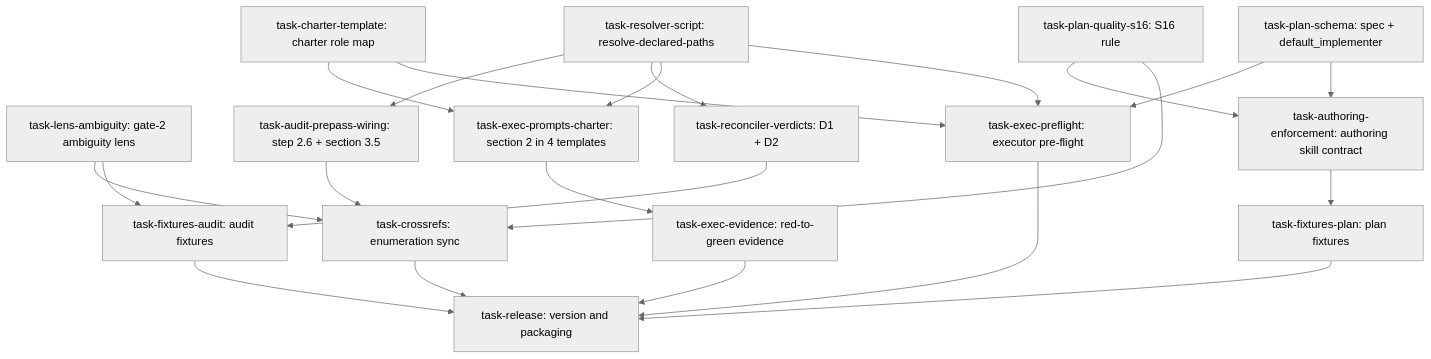
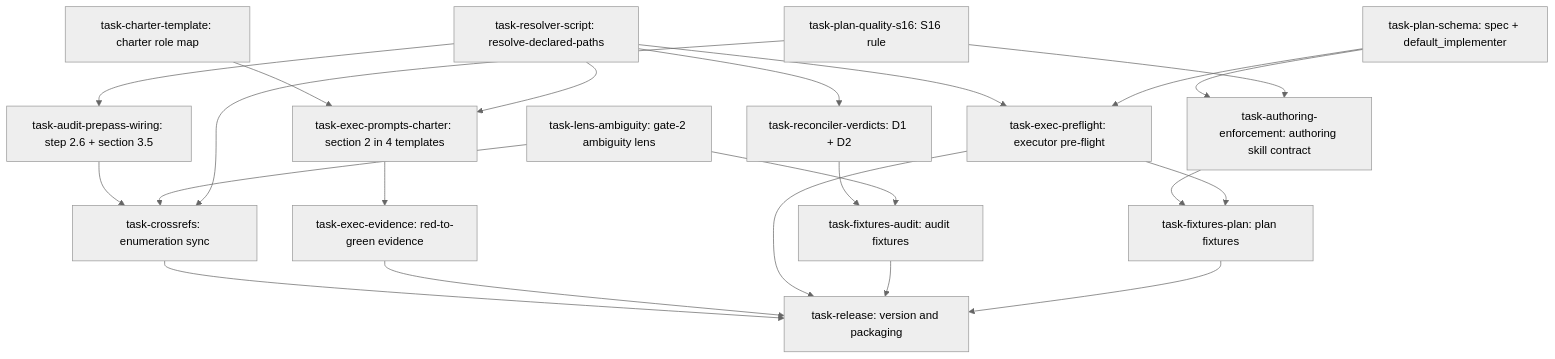
One commit to BrettNye/parallel-dag-execution changed the diagram in docs/superpowers/plans/2026-08-27-seams-and-ground-truth-dag.md. Above: the diagram before and after it, drawn with Mermaid (neutral theme). The commit also changed other lines of this file, not shown here.

First line of the commit message:
fix(plan): apply the nine joint resolutions from the gate-2 audit

````diff
--- a/docs/superpowers/plans/2026-08-27-seams-and-ground-truth-dag.md
+++ b/docs/superpowers/plans/2026-08-27-seams-and-ground-truth-dag.md
@@ -6,46 +6,46 @@
 ```mermaid
 flowchart TD
     task-charter-template["task-charter-template: charter role map"]
     task-resolver-script["task-resolver-script: resolve-declared-paths"]
     task-plan-schema["task-plan-schema: spec + default_implementer"]
     task-plan-quality-s16["task-plan-quality-s16: S16 rule"]
     task-lens-ambiguity["task-lens-ambiguity: gate-2 ambiguity lens"]
     task-audit-prepass-wiring["task-audit-prepass-wiring: step 2.6 + section 3.5"]
     task-reconciler-verdicts["task-reconciler-verdicts: D1 + D2"]
     task-exec-prompts-charter["task-exec-prompts-charter: section 2 in 4 templates"]
     task-exec-preflight["task-exec-preflight: executor pre-flight"]
     task-authoring-enforcement["task-authoring-enforcement: authoring skill contract"]
     task-exec-evidence["task-exec-evidence: red-to-green evidence"]
     task-crossrefs["task-crossrefs: enumeration sync"]
     task-fixtures-audit["task-fixtures-audit: audit fixtures"]
     task-fixtures-plan["task-fixtures-plan: plan fixtures"]
     task-release["task-release: version and packaging"]
 
     task-resolver-script --> task-audit-prepass-wiring
     task-resolver-script --> task-reconciler-verdicts
     task-charter-template --> task-exec-prompts-charter
     task-resolver-script --> task-exec-prompts-charter
-    task-charter-template --> task-exec-preflight
     task-resolver-script --> task-exec-preflight
     task-plan-schema --> task-exec-preflight
     task-plan-schema --> task-authoring-enforcement
     task-plan-quality-s16 --> task-authoring-enforcement
     task-exec-prompts-charter --> task-exec-evidence
     task-audit-prepass-wiring --> task-crossrefs
     task-lens-ambiguity --> task-crossrefs
     task-plan-quality-s16 --> task-crossrefs
     task-reconciler-verdicts --> task-fixtures-audit
     task-lens-ambiguity --> task-fixtures-audit
     task-authoring-enforcement --> task-fixtures-plan
+    task-exec-preflight --> task-fixtures-plan
     task-crossrefs --> task-release
     task-exec-evidence --> task-release
     task-exec-preflight --> task-release
     task-fixtures-audit --> task-release
     task-fixtures-plan --> task-release
 
     classDef done fill:#90ee90,stroke:#333
     classDef ready fill:#fffacd,stroke:#333
     classDef running fill:#87ceeb,stroke:#333
     classDef failed fill:#ffb6c1,stroke:#333
     classDef skipped fill:#d3d3d3,stroke:#333,stroke-dasharray: 5 5
 ```
````
